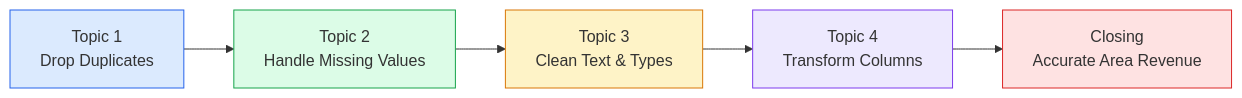
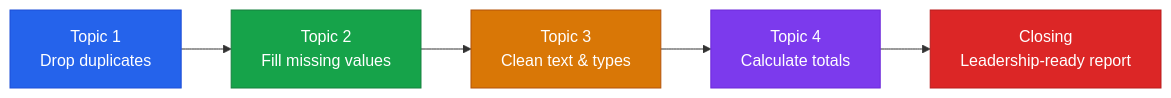
One commit to MohammedAliazhar/azhar-curriculum changed the diagram in IITP-GenAI-TA-I2606/module-04-genai-analytics-workflows-python/lecture-10-cleaning-data-with-pandas/lecture-script.md. Above: the diagram before and after it, drawn with Mermaid. The commit also changed other lines of this file and 10 other files, not shown here.

````diff
--- a/IITP-GenAI-TA-I2606/module-04-genai-analytics-workflows-python/lecture-10-cleaning-data-with-pandas/lecture-script.md
+++ b/IITP-GenAI-TA-I2606/module-04-genai-analytics-workflows-python/lecture-10-cleaning-data-with-pandas/lecture-script.md
@@ -66,12 +57,12 @@
 ```mermaid
 flowchart LR
-    A["Topic 1<br>Drop Duplicates"] --> B["Topic 2<br>Handle Missing Values"]
-    B --> C["Topic 3<br>Clean Text & Types"]
-    C --> D["Topic 4<br>Transform Columns"]
-    D --> E["Closing<br>Accurate Area Revenue"]
-    style A fill:#dbeafe,stroke:#2563eb
-    style B fill:#dcfce7,stroke:#16a34a
-    style C fill:#fef3c7,stroke:#d97706
-    style D fill:#ede9fe,stroke:#7c3aed
-    style E fill:#fee2e2,stroke:#dc2626
+    A["Topic 1<br>Drop duplicates"] --> B["Topic 2<br>Fill missing values"]
+    B --> C["Topic 3<br>Clean text & types"]
+    C --> D["Topic 4<br>Calculate totals"]
+    D --> E["Closing<br>Leadership-ready report"]
+    style A fill:#2563eb,stroke:#1d4ed8,color:#ffffff
+    style B fill:#16a34a,stroke:#15803d,color:#ffffff
+    style C fill:#d97706,stroke:#b45309,color:#ffffff
+    style D fill:#7c3aed,stroke:#6d28d9,color:#ffffff
+    style E fill:#dc2626,stroke:#b91c1c,color:#ffffff
 ```
````
